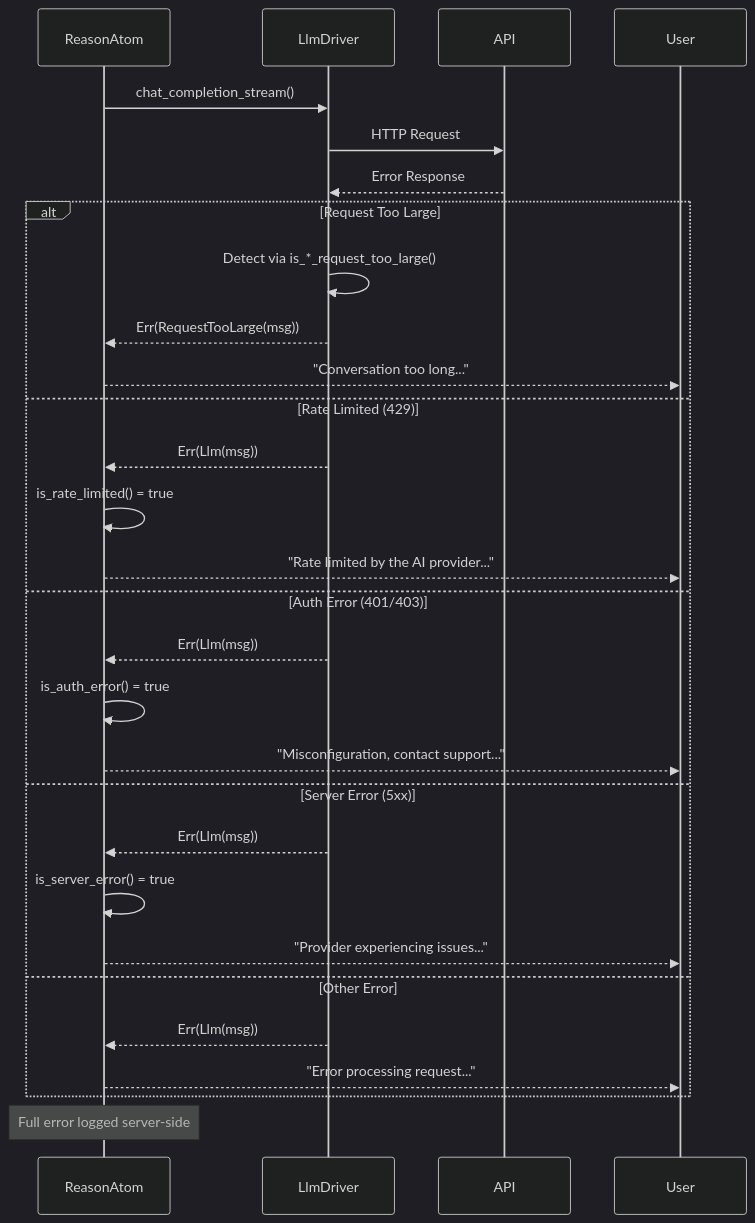
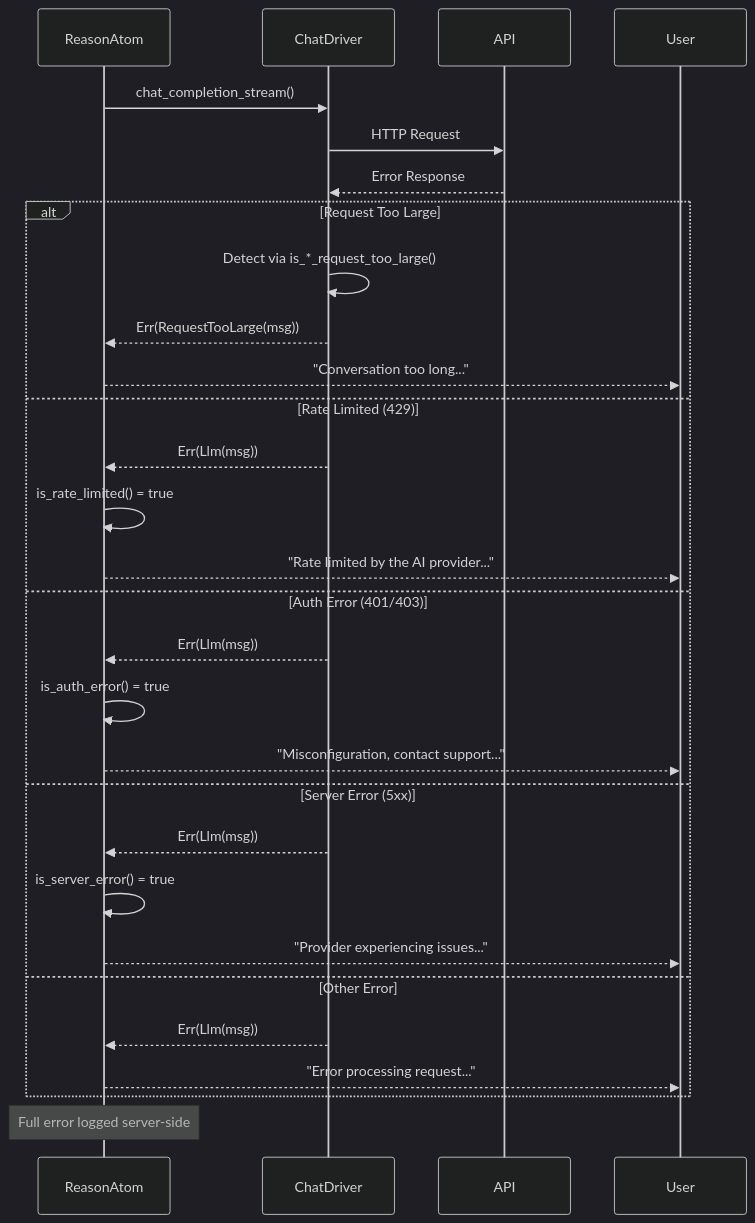
Before and after one commit to everruns/everruns: the second of 2 diagrams in specs/llm-drivers.md, drawn with Mermaid (dark theme). The commit also changed other lines of this file and 33 other files, not shown here.

First line of the commit message:
refactor(core): rename LlmDriver to ChatDriver

````diff
--- a/specs/llm-drivers.md
+++ b/specs/llm-drivers.md
@@ -235,33 +235,33 @@
 ```mermaid
 sequenceDiagram
     participant R as ReasonAtom
-    participant D as LlmDriver
+    participant D as ChatDriver
     participant A as API
 
     R->>D: chat_completion_stream()
     D->>A: HTTP Request
     A-->>D: Error Response
 
     alt Request Too Large
         D->>D: Detect via is_*_request_too_large()
         D-->>R: Err(RequestTooLarge(msg))
         R-->>User: "Conversation too long..."
     else Rate Limited (429)
         D-->>R: Err(Llm(msg))
         R->>R: is_rate_limited() = true
         R-->>User: "Rate limited by the AI provider..."
     else Auth Error (401/403)
         D-->>R: Err(Llm(msg))
         R->>R: is_auth_error() = true
         R-->>User: "Misconfiguration, contact support..."
     else Server Error (5xx)
         D-->>R: Err(Llm(msg))
         R->>R: is_server_error() = true
         R-->>User: "Provider experiencing issues..."
     else Other Error
         D-->>R: Err(Llm(msg))
         R-->>User: "Error processing request..."
     end
 
     Note over R: Full error logged server-side
 ```
````
